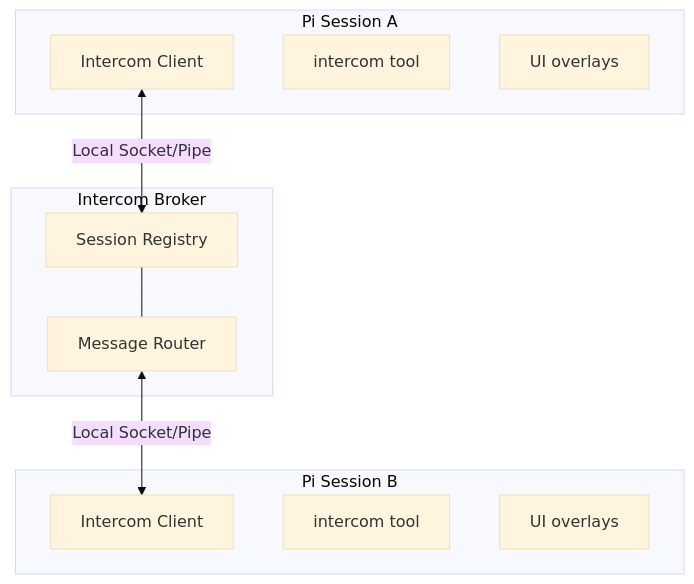
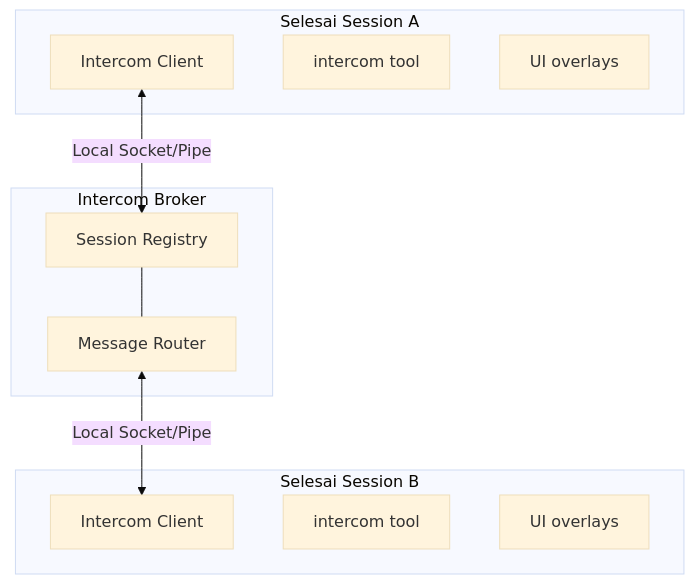
The diagram in src/extensions/pi-intercom/README.md (SelesaiInTech/selesai-code), drawn with Mermaid (base theme) before and after one commit. The commit also changed other lines of this file and 169 other files, not shown here.

````diff
--- a/src/extensions/pi-intercom/README.md
+++ b/src/extensions/pi-intercom/README.md
@@ -397,23 +454,23 @@
 ```mermaid
 graph TB
-    subgraph A["Pi Session A"]
+    subgraph A["Selesai Session A"]
         A1[Intercom Client]
         A2[intercom tool]
         A3[UI overlays]
     end
 
     subgraph Broker["Intercom Broker"]
         B1[Session Registry]
         B2[Message Router]
     end
 
-    subgraph B["Pi Session B"]
+    subgraph B["Selesai Session B"]
         B3[Intercom Client]
         B4[intercom tool]
         B5[UI overlays]
     end
 
     A1 <-->|Local Socket/Pipe| B1
     B1 --- B2
     B2 <-->|Local Socket/Pipe| B3
 ```
````
